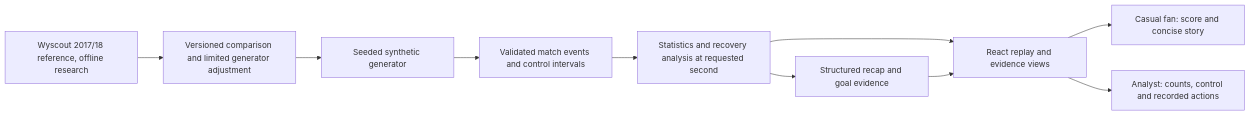
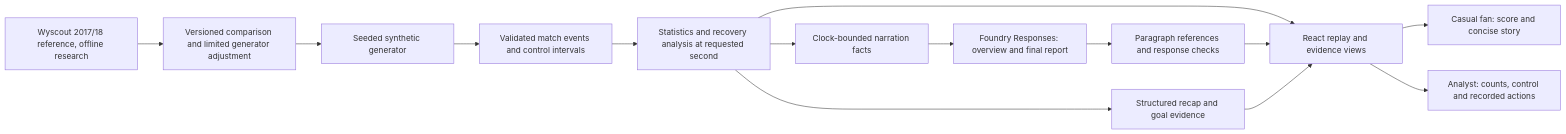
Before and after one commit to adrian3gtz-debug/Appebb: the diagram in docs/submission-draft.md, drawn with Mermaid. The commit also changed other lines of this file and 18 other files, not shown here.

Commit message:
feat: add whole-match AI narration and final reports

````diff
--- a/docs/submission-draft.md
+++ b/docs/submission-draft.md
@@ -57,12 +64,16 @@
 ```mermaid
 flowchart LR
   G[Seeded synthetic generator] --> M[Validated match events and control intervals]
   M --> A[Statistics and recovery analysis at requested second]
   A --> R[Structured recap and goal evidence]
   A --> UI[React replay and evidence views]
+  A --> N[Clock-bounded narration facts]
+  N --> L[Foundry Responses: overview and final report]
+  L --> C[Paragraph references and response checks]
+  C --> UI
   R --> UI
   UI --> F[Casual fan: score and concise story]
   UI --> X[Analyst: counts, control and recorded actions]
   W[Wyscout 2017/18 reference, offline research] --> V[Versioned comparison and limited generator adjustment]
   V --> G
 ```
````
